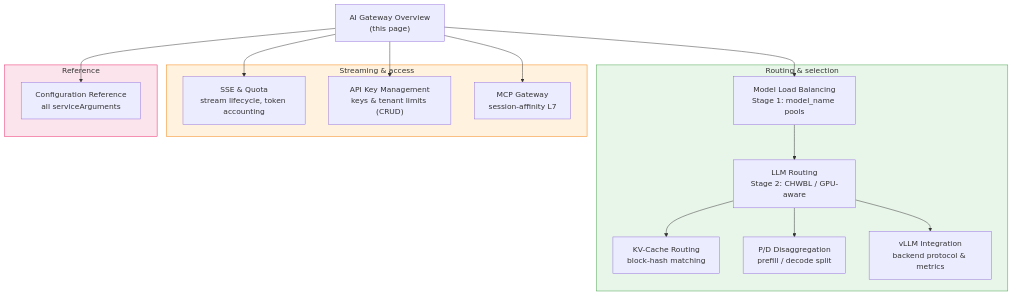
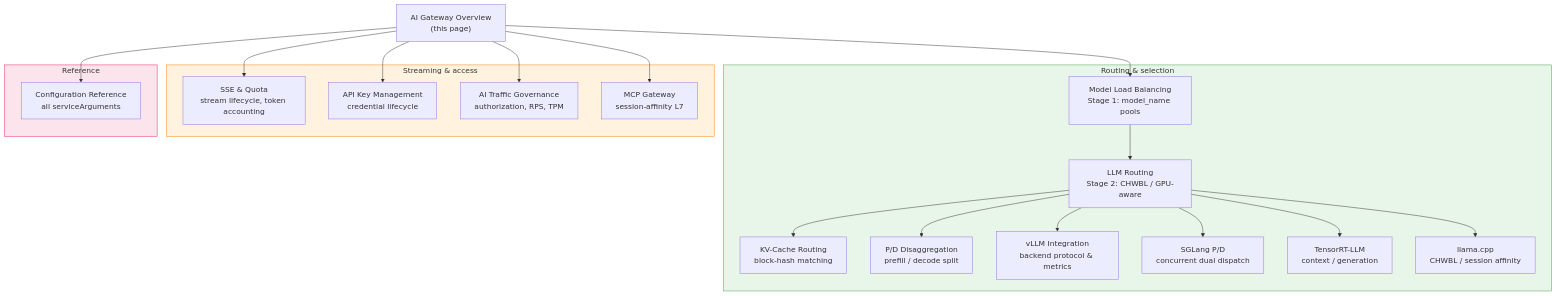
The second of 2 diagrams in docs/ai-gateway/overview.md (loxilb-io/loxilbdocs-inference-gateway), drawn with Mermaid before and after one commit. The commit also changed other lines of this file and 59 other files, not shown here.

````diff
--- a/docs/ai-gateway/overview.md
+++ b/docs/ai-gateway/overview.md
@@ -96,35 +128,43 @@
 ```mermaid
 flowchart TD
     OV["AI Gateway Overview<br/>(this page)"]
 
     subgraph routing ["Routing & selection"]
         MLB["Model Load Balancing<br/>Stage 1: model_name pools"]
         LLM["LLM Routing<br/>Stage 2: CHWBL / GPU-aware"]
         KV["KV-Cache Routing<br/>block-hash matching"]
         PD["P/D Disaggregation<br/>prefill / decode split"]
         VLLM["vLLM Integration<br/>backend protocol & metrics"]
+        SGLANG["SGLang P/D<br/>concurrent dual dispatch"]
+        TRT["TensorRT-LLM<br/>context / generation"]
+        LLAMA["llama.cpp<br/>CHWBL / session affinity"]
     end
 
     subgraph streaming ["Streaming & access"]
         SSE["SSE & Quota<br/>stream lifecycle, token accounting"]
-        API["API Key Management<br/>keys & tenant limits (CRUD)"]
+        API["API Key Management<br/>credential lifecycle"]
+        GOV["AI Traffic Governance<br/>authorization, RPS, TPM"]
         MCP["MCP Gateway<br/>session-affinity L7"]
     end
 
     subgraph ref ["Reference"]
         CFG["Configuration Reference<br/>all serviceArguments"]
     end
 
     OV --> MLB --> LLM
     LLM --> KV
     LLM --> PD
     LLM --> VLLM
+    LLM --> SGLANG
+    LLM --> TRT
+    LLM --> LLAMA
     OV --> SSE
     OV --> API
+    OV --> GOV
     OV --> MCP
     OV --> CFG
 
     style routing fill:#e8f5e9,stroke:#43a047
     style streaming fill:#fff3e0,stroke:#f57c00
     style ref fill:#fce4ec,stroke:#e91e63
 ```
````
